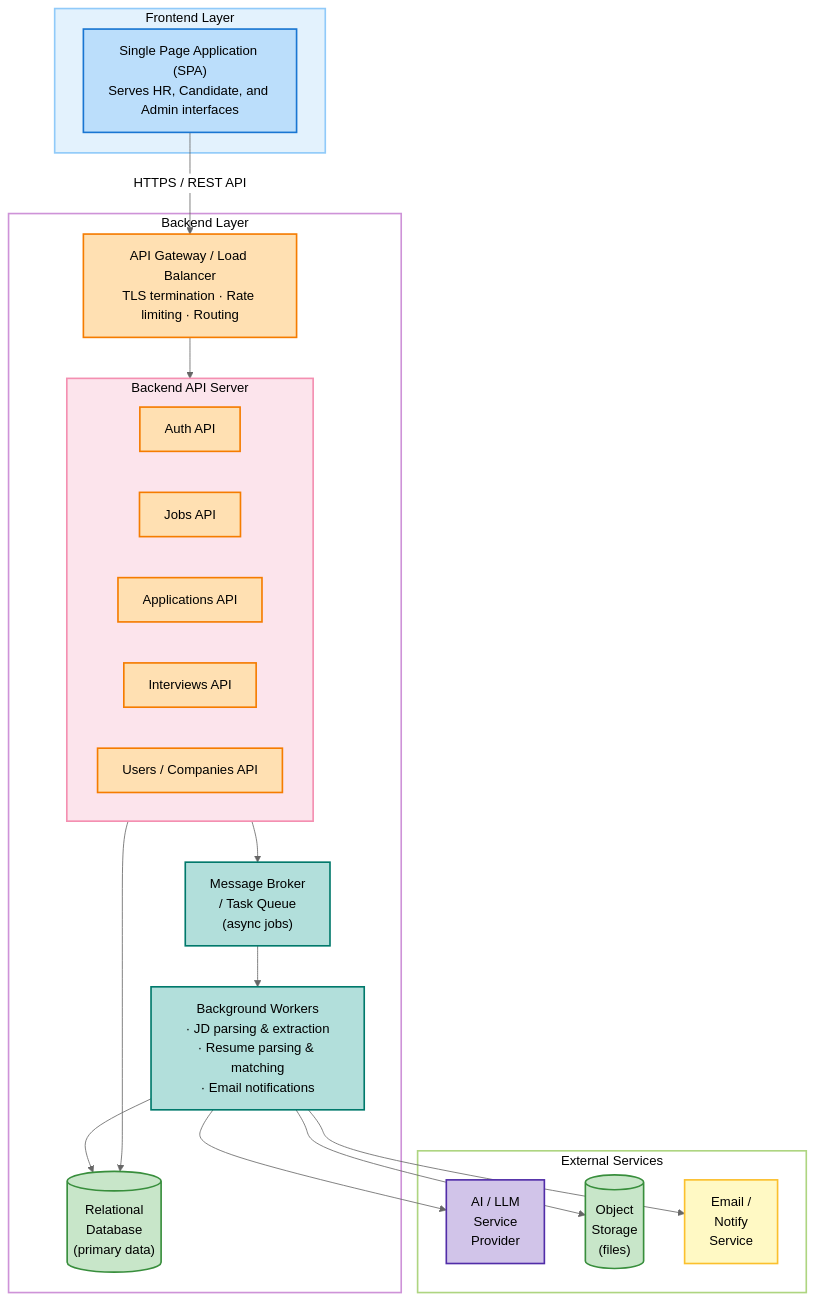
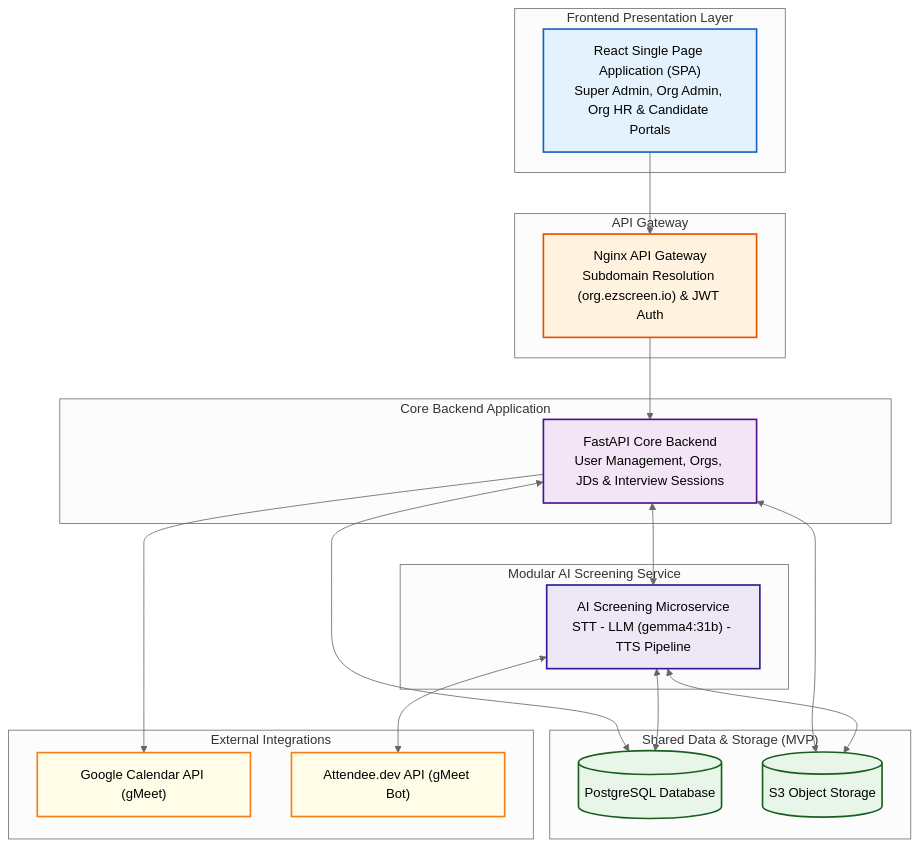
The first of 6 diagrams in docs/architecture/SYSTEM_DESIGN.md (joshsoftware/EZScreen), drawn with Mermaid (neutral theme) before and after one commit. The commit also changed other lines of this file, not shown here.

Commit message:
update system design high level architecture diagram

````diff
--- a/docs/architecture/SYSTEM_DESIGN.md
+++ b/docs/architecture/SYSTEM_DESIGN.md
@@ -46,54 +46,55 @@
 ```mermaid
 flowchart TB
- subgraph FL["Frontend Layer"]
-        SPA["Single Page Application (SPA)<br>Serves HR, Candidate, and Admin interfaces"]
-  end
- subgraph API["Backend API Server"]
-        Auth["Auth API"]
-        Jobs["Jobs API"]
-        Apps["Applications API"]
-        Int["Interviews API"]
-        Usr["Users / Companies API"]
-  end
- subgraph BL["Backend Layer"]
-        AG["API Gateway / Load Balancer<br>TLS termination · Rate limiting · Routing"]
-        API
-        DB[("Relational<br>Database<br>(primary data)")]
-        Queue["Message Broker<br>/ Task Queue<br>(async jobs)"]
-        Workers["Background Workers<br>· JD parsing &amp; extraction<br>· Resume parsing &amp; matching<br>· Email notifications"]
-  end
- subgraph External["External Services"]
-        AI["AI / LLM<br>Service<br>Provider"]
-        S3[("Object<br>Storage<br>(files)")]
-        Email["Email /<br>Notify<br>Service"]
-  end
-    SPA -- HTTPS / REST API --> AG
-    AG --> API
-    API --> DB & Queue
-    Queue --> Workers
-    Workers --> AI & S3 & Email & DB
+    subgraph FE["Frontend Presentation Layer"]
+        UI["React Single Page Application (SPA)<br>Super Admin, Org Admin, Org HR & Candidate Portals"]
+    end
 
-     SPA:::frontend
-     Auth:::apiNode
-     Jobs:::apiNode
-     Apps:::apiNode
-     Int:::apiNode
-     Usr:::apiNode
-     AG:::apiNode
-     DB:::storage
-     Queue:::async
-     Workers:::async
-     AI:::ai
-     S3:::storage
-     Email:::email
-    classDef frontend fill:#bbdefb,stroke:#1976d2,stroke-width:2px,color:#000
-    classDef apiNode fill:#ffe0b2,stroke:#f57c00,stroke-width:2px,color:#000
-    classDef storage fill:#c8e6c9,stroke:#388e3c,stroke-width:2px,color:#000
-    classDef async fill:#b2dfdb,stroke:#00796b,stroke-width:2px,color:#000
-    classDef ai fill:#d1c4e9,stroke:#512da8,stroke-width:2px,color:#000
-    classDef email fill:#fff9c4,stroke:#fbc02d,stroke-width:2px,color:#000
-    style API fill:#fce4ec,stroke:#f48fb1,stroke-width:2px,color:#000
-    style FL fill:#e3f2fd,stroke:#90caf9,stroke-width:2px,color:#000
-    style BL fill:transparent,stroke:#ce93d8,stroke-width:2px,color:#000
-    style External fill:transparent,stroke:#aed581,stroke-width:2px,color:#000
+    subgraph GW["API Gateway"]
+        Gateway["Nginx API Gateway<br>Subdomain Resolution (org.ezscreen.io) & JWT Auth"]
+    end
+
+    subgraph BACKEND["Core Backend Application"]
+        FastAPI["FastAPI Core Backend<br>User Management, Orgs, JDs & Interview Sessions"]
+    end
+
+    subgraph AI["Modular AI Screening Service"]
+        AIService["AI Screening Microservice<br>STT - LLM (gemma4:31b) - TTS Pipeline"]
+    end
+
+    subgraph DATA["Shared Data & Storage (MVP)"]
+        DB[("PostgreSQL Database")]
+        S3[("S3 Object Storage")]
+    end
+
+    subgraph EXT["External Integrations"]
+        GCal["Google Calendar API (gMeet)"]
+        Attendee["Attendee.dev API (gMeet Bot)"]
+    end
+
+    UI --> Gateway
+    Gateway --> FastAPI
+    FastAPI <--> AIService
+
+    FastAPI <--> DB
+    FastAPI <--> S3
+
+    AIService <--> DB
+    AIService <--> S3
+
+    FastAPI --> GCal
+    AIService <--> Attendee
+
+    classDef fe fill:#e3f2fd,stroke:#1565c0,stroke-width:2px,color:#000
+    classDef gw fill:#fff3e0,stroke:#e65100,stroke-width:2px,color:#000
+    classDef backend fill:#f3e5f5,stroke:#4a148c,stroke-width:2px,color:#000
+    classDef ai fill:#ede7f6,stroke:#311b92,stroke-width:2px,color:#000
+    classDef data fill:#e8f5e9,stroke:#1b5e20,stroke-width:2px,color:#000
+    classDef ext fill:#fffde7,stroke:#f57f17,stroke-width:2px,color:#000
+
+    class UI fe
+    class Gateway gw
+    class FastAPI backend
+    class AIService ai
+    class DB,S3 data
+    class GCal,Attendee ext
 ```
````
